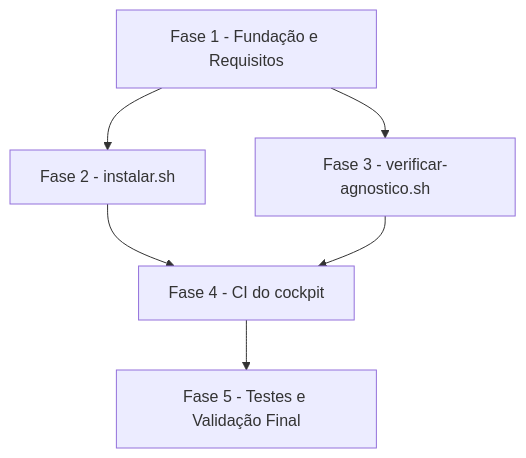
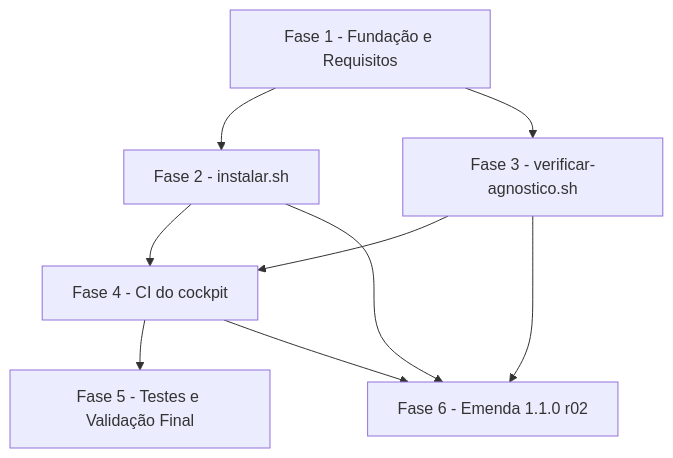
The diagram in docs/specs/esqueleto-e-instalador/tasks.md (todo-tips-solucoes/ciclo_dev), drawn with Mermaid before and after one commit. The commit also changed other lines of this file and 1 other file, not shown here.

First line of the commit message:
docs(tasks): FASE 6 da emenda 1.1.0 + checklist CHK014-CHK017

````diff
--- a/docs/specs/esqueleto-e-instalador/tasks.md
+++ b/docs/specs/esqueleto-e-instalador/tasks.md
@@ -360,14 +550,18 @@
 ```mermaid
 flowchart TD
     F1[Fase 1 - Fundação e Requisitos]
     F2[Fase 2 - instalar.sh]
     F3[Fase 3 - verificar-agnostico.sh]
     F4[Fase 4 - CI do cockpit]
     F5[Fase 5 - Testes e Validação Final]
+    F6[Fase 6 - Emenda 1.1.0 r02]
 
     F1 --> F2
     F1 --> F3
     F2 --> F4
     F3 --> F4
     F4 --> F5
+    F2 --> F6
+    F3 --> F6
+    F4 --> F6
 ```
````
